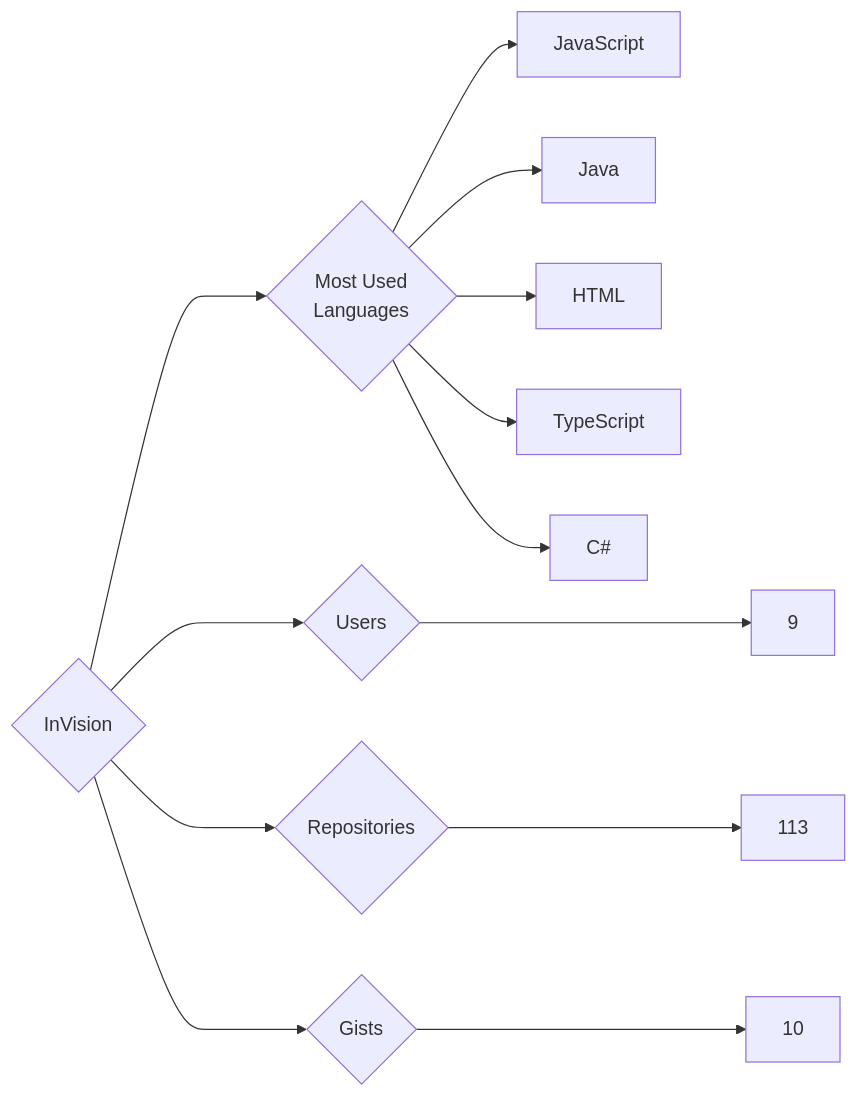
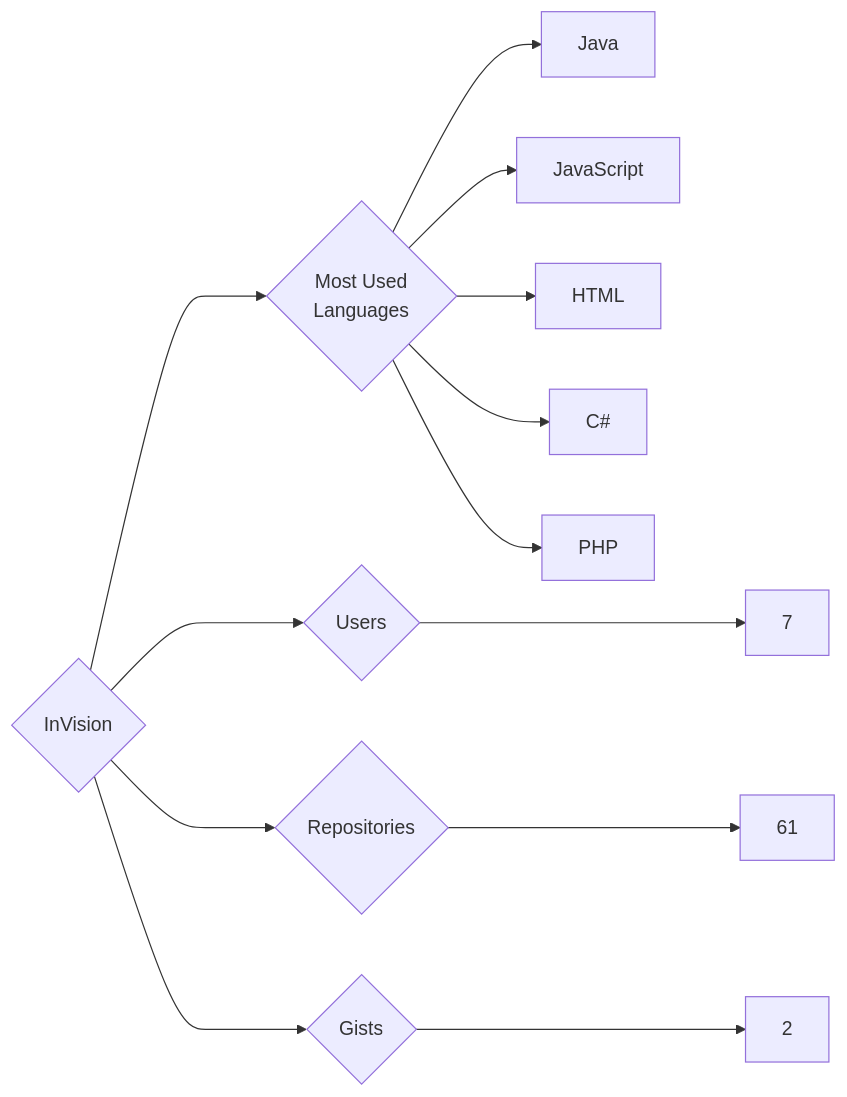
One commit to trickest/insiders changed the diagram in targets/InVision/README.md. Above: the diagram before and after it, drawn with Mermaid. The commit also changed 934 other files, not shown here.

````diff
--- a/targets/InVision/README.md
+++ b/targets/InVision/README.md
@@ -3,13 +3,13 @@
 ```mermaid
 graph LR
 COMPANY_NAME{InVision}
-COMPANY_NAME ---> U{Users} ---> UN[9]
-COMPANY_NAME ---> R{Repositories} ---> RN[113]
-COMPANY_NAME ---> G{Gists} ---> GN[10]
+COMPANY_NAME ---> U{Users} ---> UN[7]
+COMPANY_NAME ---> R{Repositories} ---> RN[61]
+COMPANY_NAME ---> G{Gists} ---> GN[2]
 COMPANY_NAME ---> ML{Most Used<br>Languages}
+ML --> Java[Java]
 ML --> JavaScript[JavaScript]
-ML --> Java[Java]
 ML --> HTML[HTML]
-ML --> TypeScript[TypeScript]
 ML --> C#[C#]
+ML --> PHP[PHP]
 ```
````
